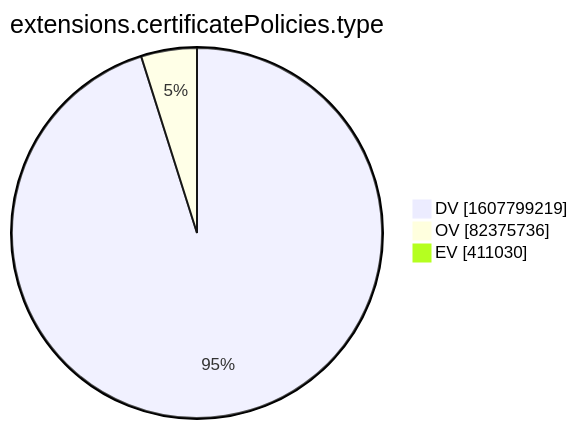
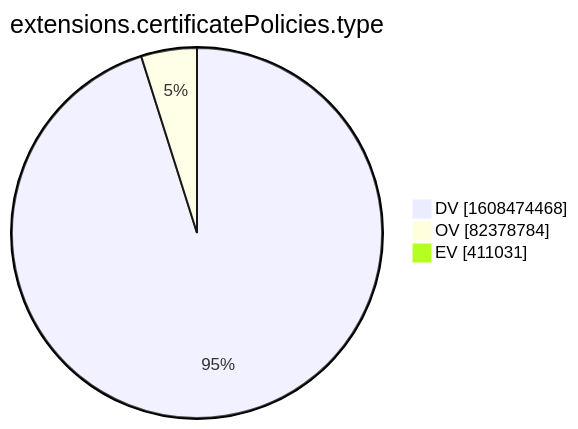
One commit to christiankrug/ctmonitor_visualization changed the tenth of 15 diagrams in xenon2022/README.md. Above: the diagram before and after it, drawn with Mermaid. The commit also changed other lines of this file, not shown here.

````diff
--- a/xenon2022/README.md
+++ b/xenon2022/README.md
@@ -2878,7 +2878,7 @@
 ```mermaid
 pie showData
 title extensions.certificatePolicies.type
-"DV" :1607799219
-"OV" :82375736
-"EV" :411030
+"DV" :1608474468
+"OV" :82378784
+"EV" :411031
 ```
````
